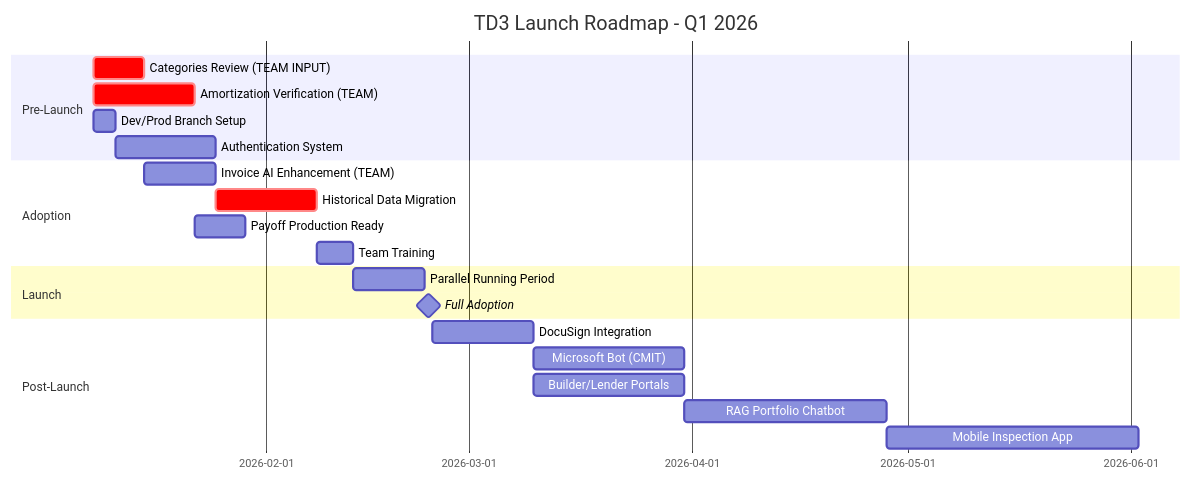
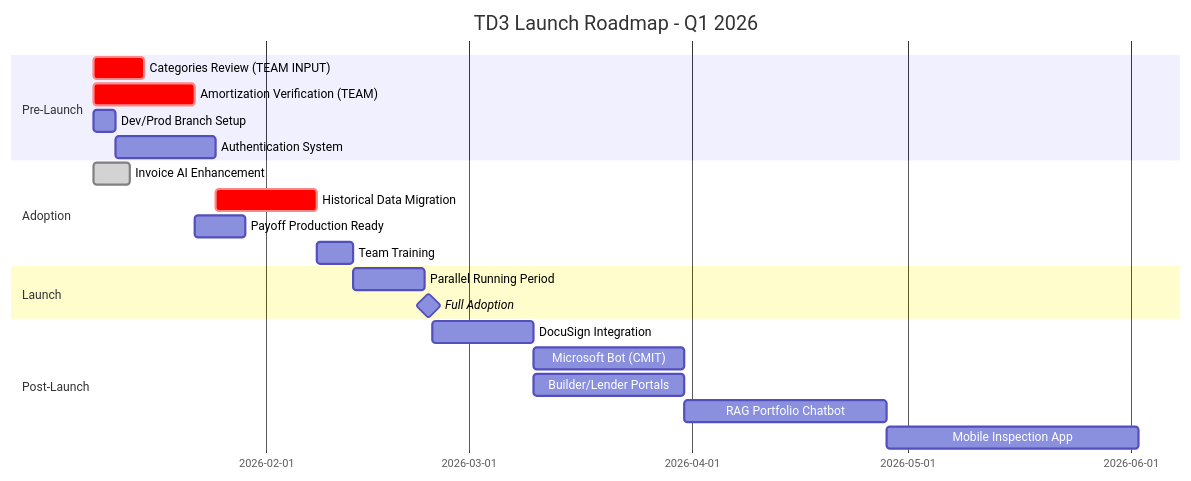
The first of 6 diagrams in docs/ROADMAP.md (grysngrhm-tech/TD3), drawn with Mermaid before and after one commit. The commit also changed other lines of this file and 1 other file, not shown here.

First line of the commit message:
Document invoice matching architecture

````diff
--- a/docs/ROADMAP.md
+++ b/docs/ROADMAP.md
@@ -106,28 +107,28 @@
 ```mermaid
 gantt
     title TD3 Launch Roadmap - Q1 2026
     dateFormat YYYY-MM-DD
     
     section Pre-Launch
     Categories Review (TEAM INPUT)     :crit, cat, 2026-01-08, 7d
     Amortization Verification (TEAM)   :crit, amort, 2026-01-08, 14d
     Dev/Prod Branch Setup              :branches, 2026-01-08, 3d
     Authentication System              :auth, 2026-01-11, 14d
     
     section Adoption
-    Invoice AI Enhancement (TEAM)      :invoice, 2026-01-15, 10d
+    Invoice AI Enhancement             :done, invoice, 2026-01-08, 5d
     Historical Data Migration          :crit, migrate, 2026-01-25, 14d
     Payoff Production Ready            :payoff, 2026-01-22, 7d
     Team Training                      :training, 2026-02-08, 5d
     
     section Launch
     Parallel Running Period            :parallel, 2026-02-13, 10d
     Full Adoption                      :milestone, launch, 2026-02-23, 1d
     
     section Post-Launch
     DocuSign Integration               :docusign, 2026-02-24, 14d
     Microsoft Bot (CMIT)               :msbot, 2026-03-10, 21d
     Builder/Lender Portals             :portals, 2026-03-10, 21d
     RAG Portfolio Chatbot              :rag, 2026-03-31, 28d
     Mobile Inspection App              :mobile, 2026-04-28, 35d
 ```
````
